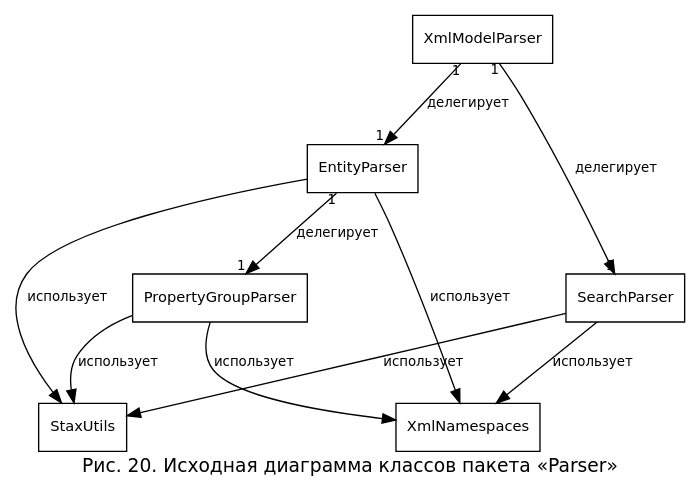
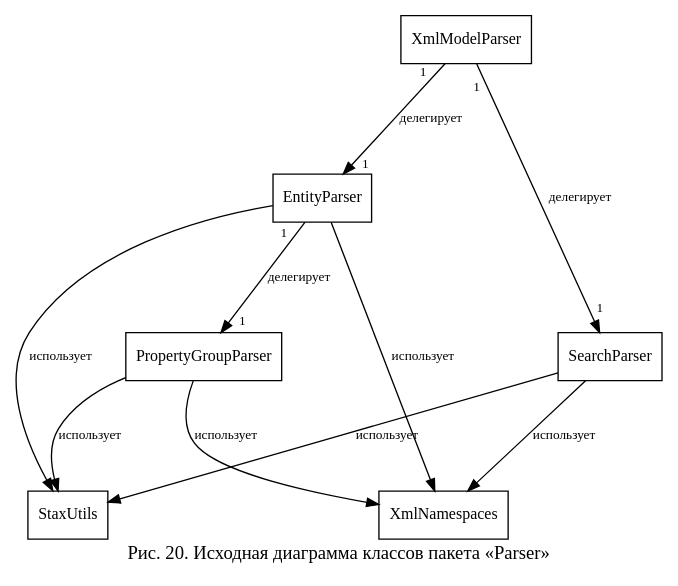
One commit to nastolbov/AutoTestGeneratorUpdate changed the diagram in diagrams/cls_parser_initial.dot. Above: the diagram before and after it, drawn with Graphviz. The commit also changed 47 other files, not shown here.

First line of the commit message:
diagrams: Liberation Serif (как Times New Roman), фикс множественности

```diff
--- a/diagrams/cls_parser_initial.dot
+++ b/diagrams/cls_parser_initial.dot
@@ -1,24 +1,24 @@
 digraph PII {
-    rankdir=TB; fontname="DejaVu Sans"; fontsize=14;
+    rankdir=TB; fontname="Liberation Serif"; fontsize=14;
     label="Рис. 20. Исходная диаграмма классов пакета «Parser»"; labelloc=b;
-    nodesep=0.5; ranksep=0.7;
-    node [fontname="DejaVu Sans", fontsize=11, shape=box, style=filled, fillcolor=white];
-    edge [color=black, fontname="DejaVu Sans", fontsize=10];
+    nodesep=0.7; ranksep=1.0;
+    node [fontname="Liberation Serif", fontsize=12, shape=box, style=filled, fillcolor=white];
+    edge [color=black, fontname="Liberation Serif", fontsize=10, labeldistance=1.8, arrowsize=0.9];
 
     XMP [label="XmlModelParser"];
     EP  [label="EntityParser"];
     PGP [label="PropertyGroupParser"];
     SP  [label="SearchParser"];
     SU  [label="StaxUtils"];
     XN  [label="XmlNamespaces"];
 
     XMP -> EP  [label="делегирует", taillabel="1", headlabel="1"];
     XMP -> SP  [label="делегирует", taillabel="1", headlabel="1"];
     EP  -> PGP [label="делегирует", taillabel="1", headlabel="1"];
     EP  -> SU  [label="использует"];
     PGP -> SU  [label="использует"];
     SP  -> SU  [label="использует"];
     EP  -> XN  [label="использует"];
     PGP -> XN  [label="использует"];
     SP  -> XN  [label="использует"];
 }
```
